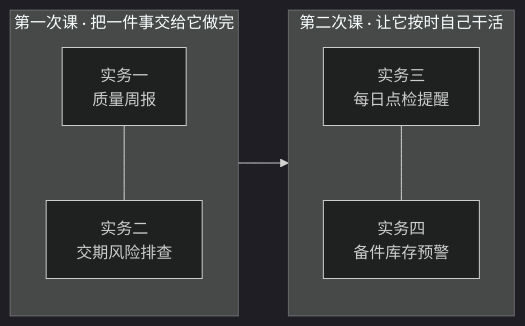
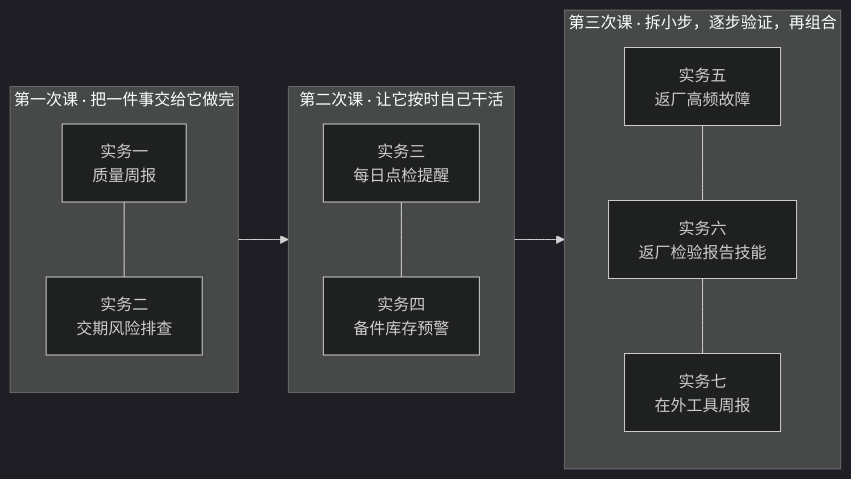
One commit to ldfpku/openworker changed the diagram in docs/培训/README.md. Above: the diagram before and after it, drawn with Mermaid (dark theme). The commit also changed other lines of this file and 1 other file, not shown here.

First line of the commit message:
培训：新增第三次课「拆小步，逐步验证，再组合」（实务五至七）

````diff
--- a/docs/培训/README.md
+++ b/docs/培训/README.md
@@ -8,10 +9,13 @@
 ```mermaid
 flowchart LR
     subgraph S1["第一次课 · 把一件事交给它做完"]
         A["实务一<br/>质量周报"] --- B["实务二<br/>交期风险排查"]
     end
     subgraph S2["第二次课 · 让它按时自己干活"]
         C["实务三<br/>每日点检提醒"] --- D["实务四<br/>备件库存预警"]
     end
-    S1 --> S2
+    subgraph S3["第三次课 · 拆小步，逐步验证，再组合"]
+        E["实务五<br/>返厂高频故障"] --- F["实务六<br/>返厂检验报告技能"] --- G["实务七<br/>在外工具周报"]
+    end
+    S1 --> S2 --> S3
 ```
````
